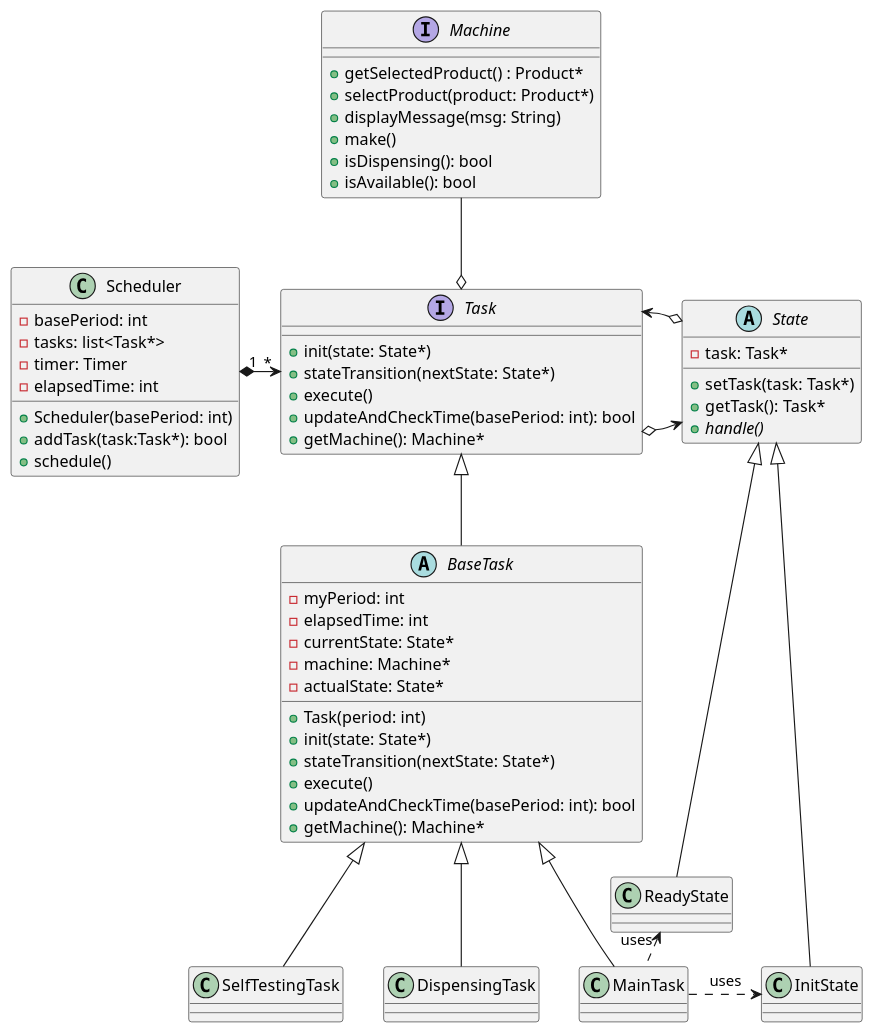
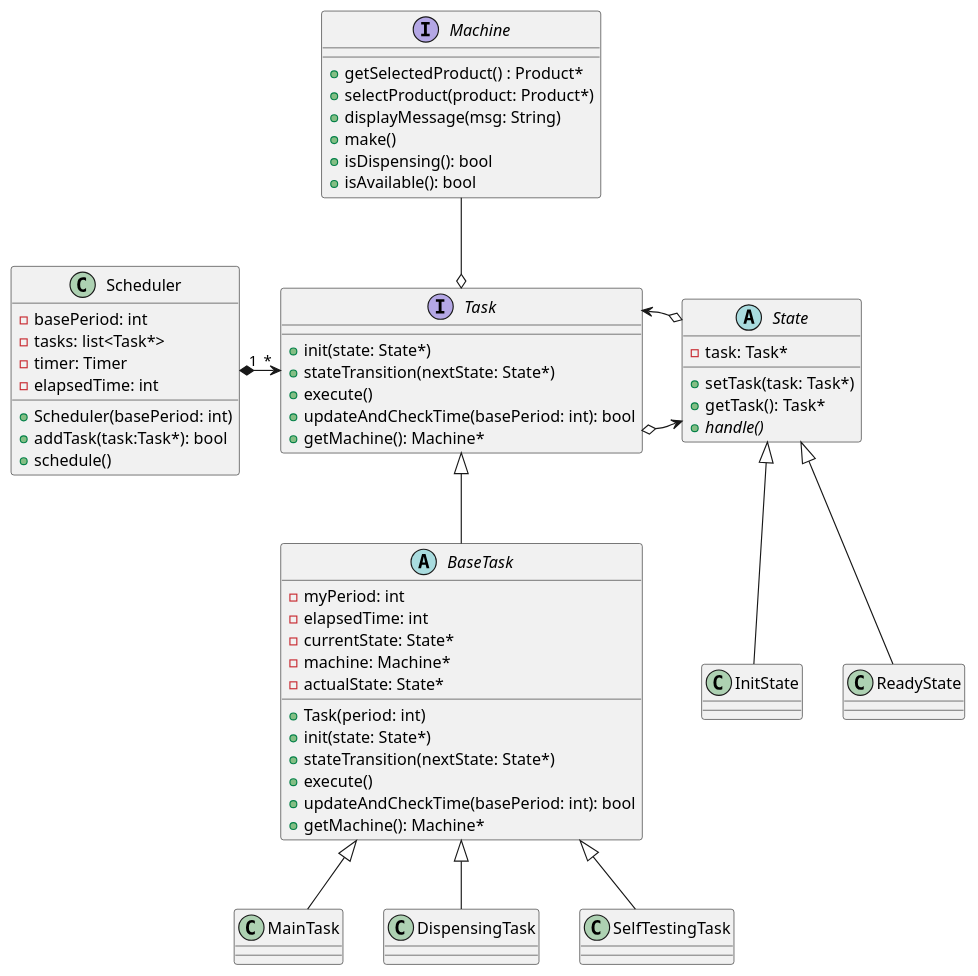
The diagram in docs/diagrams/src/class-diagram.wsd (tassiLuca/smart-coffee-machine), drawn with PlantUML before and after one commit. The commit also changed 3 other files, not shown here.

Commit message:
diagrams

```diff
--- a/docs/diagrams/src/class-diagram.wsd
+++ b/docs/diagrams/src/class-diagram.wsd
@@ -1,80 +1,76 @@
 @startuml class-diagram 
 
 class Scheduler {
     - basePeriod: int 
     - tasks: list<Task*>
     - timer: Timer
     - elapsedTime: int
     + Scheduler(basePeriod: int)
     + addTask(task:Task*): bool
     + schedule()
 }
 
 interface Task {
     + init(state: State*)
     + stateTransition(nextState: State*)
     + execute()
     + updateAndCheckTime(basePeriod: int): bool
     + getMachine(): Machine*
 }
 
 Scheduler "1" *-right-> "*" Task
 
 abstract class BaseTask {
     - myPeriod: int
     - elapsedTime: int
     - currentState: State*
     - machine: Machine*
     - actualState: State*
     + Task(period: int)
     + init(state: State*)
     + stateTransition(nextState: State*)
     + execute()
     + updateAndCheckTime(basePeriod: int): bool
     + getMachine(): Machine*
 }
 
 Task <|-- BaseTask
 
 class MainTask 
 BaseTask <|-- MainTask
 
 class DispensingTask
 BaseTask <|-- DispensingTask
 
 class SelfTestingTask
 BaseTask <|-- SelfTestingTask
 
 abstract class State {
     - task: Task*
     + setTask(task: Task*)
     + getTask(): Task*
     + {abstract} handle()
 }
 
 Task o-right-> State
 State o-left-> Task
 
 class InitState { }
-class ReadyState { }
+class ReadyState { }
 
 State <|-- InitState
 State <|-- ReadyState
-
-MainTask -[dashed]right-> InitState : uses
-MainTask -[dashed]left-> ReadyState : uses
-
 
 interface Machine {
     + getSelectedProduct() : Product*
     + selectProduct(product: Product*)
     + displayMessage(msg: String)
     + make()
     + isDispensing(): bool
     + isAvailable(): bool
 }
 
 Machine --o Task
 
 
 @enduml
```
